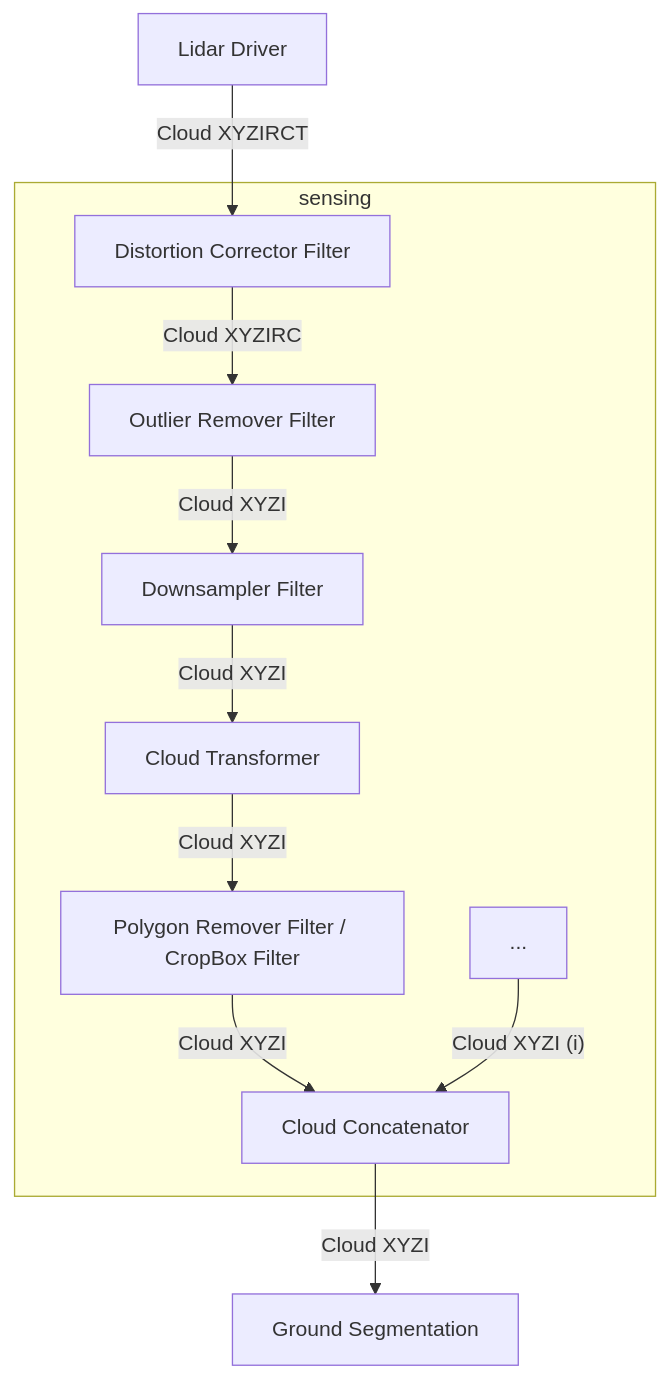
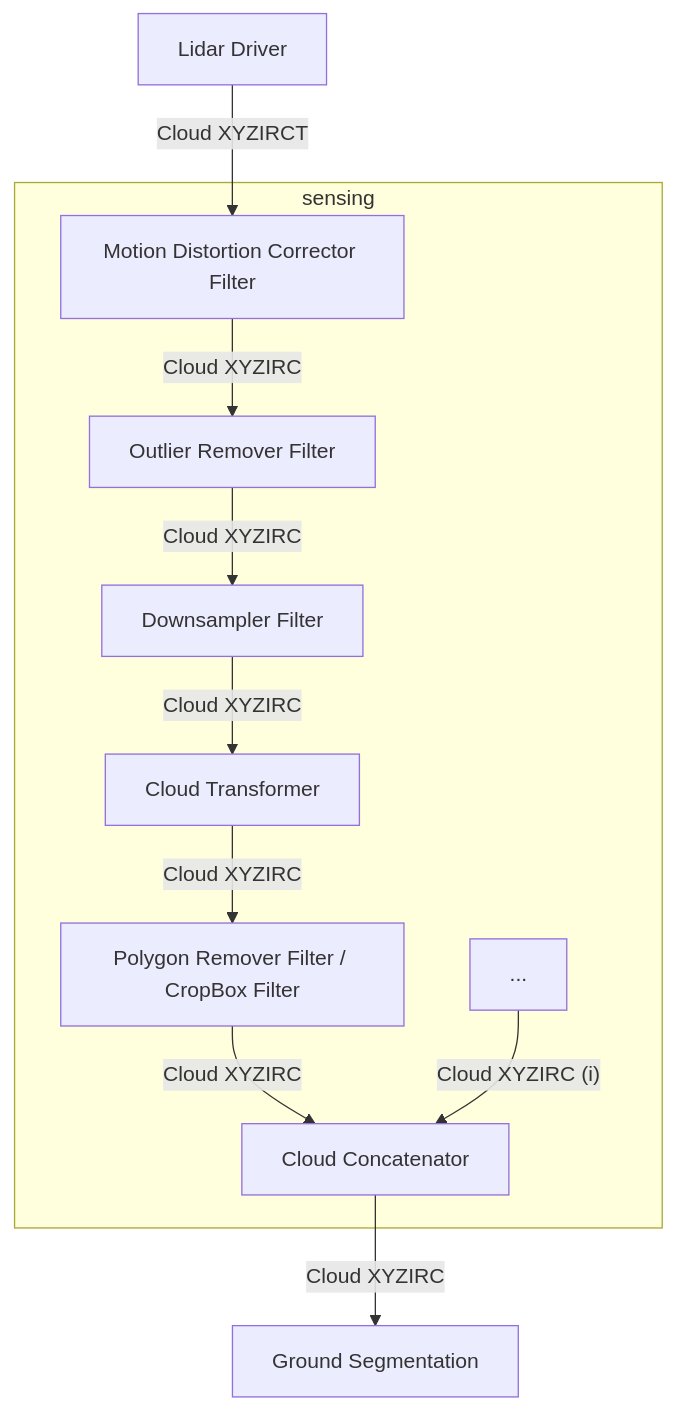
One commit to Narendarselva/autoware-docs changed the diagram in docs/design/autoware-architecture/sensing/data-types/point-cloud.md. Above: the diagram before and after it, drawn with Mermaid. The commit also changed other lines of this file, not shown here.

````diff
--- a/docs/design/autoware-architecture/sensing/data-types/point-cloud.md
+++ b/docs/design/autoware-architecture/sensing/data-types/point-cloud.md
@@ -11,16 +11,16 @@
 ```mermaid
 graph TD
-    Driver["Lidar Driver"] -->|"Cloud XYZIRCT"| FilterDC["Distortion Corrector Filter"]
+    Driver["Lidar Driver"] -->|"Cloud XYZIRCT"| FilterDC["Motion Distortion Corrector Filter"]
 
     subgraph "sensing"
     FilterDC -->|"Cloud XYZIRC"| FilterOF["Outlier Remover Filter"]
-    FilterOF -->|"Cloud XYZI"| FilterDS["Downsampler Filter"]
-    FilterDS -->|"Cloud XYZI"| FilterTrans["Cloud Transformer"]
-    FilterTrans -->|"Cloud XYZI"| FilterPR["Polygon Remover Filter / CropBox Filter"]
+    FilterOF -->|"Cloud XYZIRC"| FilterDS["Downsampler Filter"]
+    FilterDS -->|"Cloud XYZIRC"| FilterTrans["Cloud Transformer"]
+    FilterTrans -->|"Cloud XYZIRC"| FilterPR["Polygon Remover Filter / CropBox Filter"]
 
-    FilterPR -->|"Cloud XYZI"| FilterC["Cloud Concatenator"]
-    FilterX["..."] -->|"Cloud XYZI (i)"| FilterC
+    FilterPR -->|"Cloud XYZIRC"| FilterC["Cloud Concatenator"]
+    FilterX["..."] -->|"Cloud XYZIRC (i)"| FilterC
     end
 
-    FilterC -->|"Cloud XYZI"| SegGr["Ground Segmentation"]
+    FilterC -->|"Cloud XYZIRC"| SegGr["Ground Segmentation"]
 ```
````
